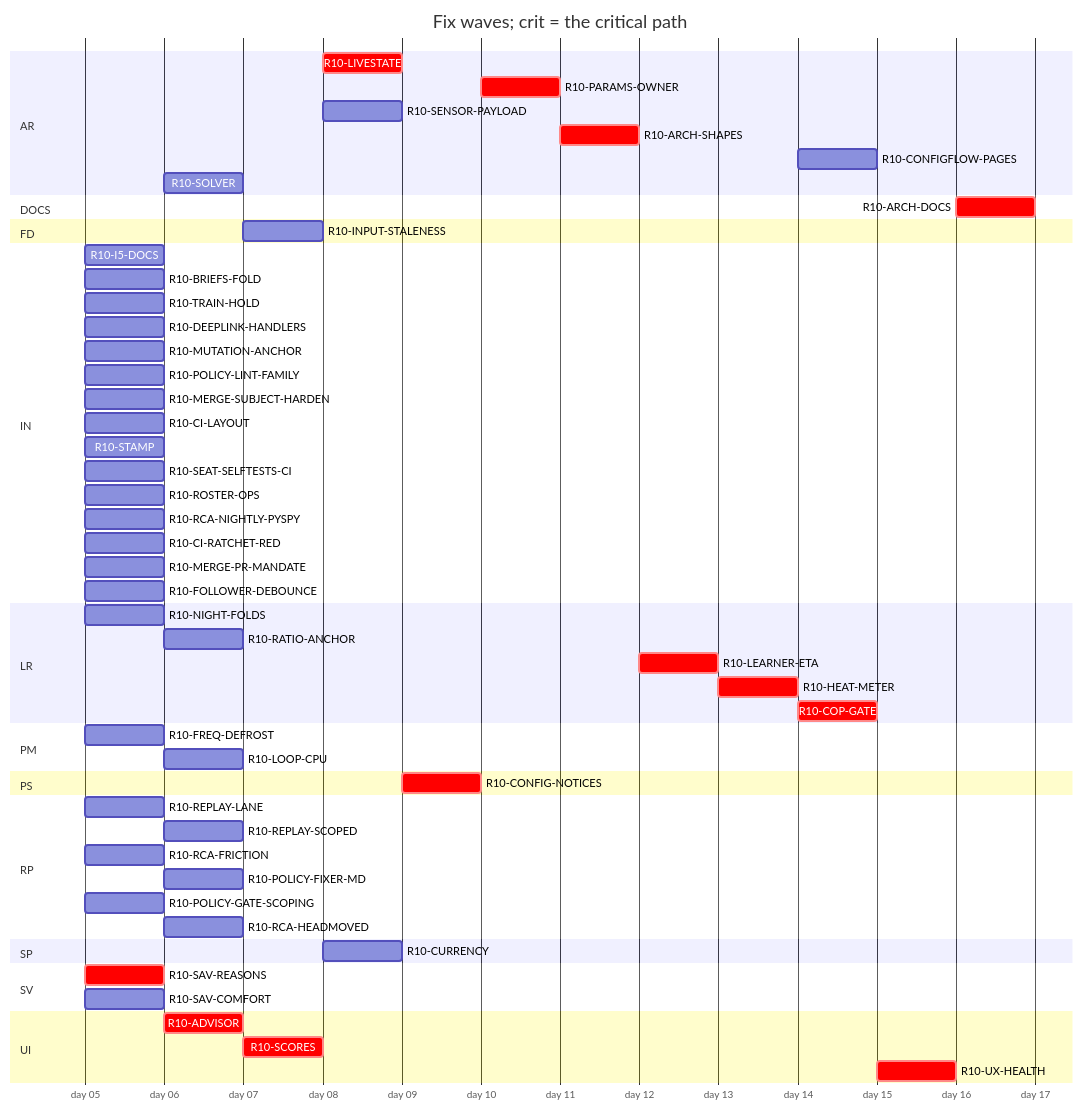
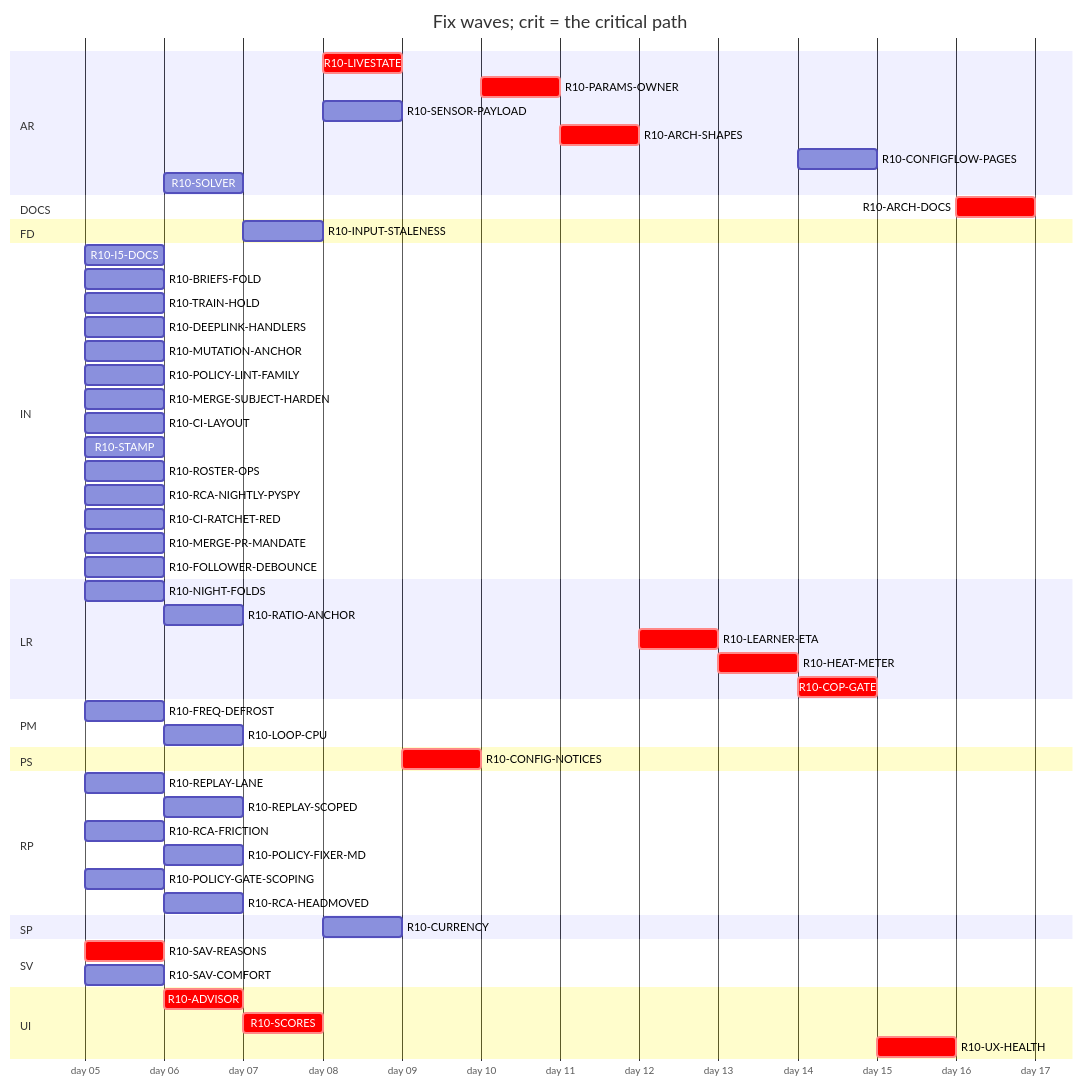
Before and after one commit to tvofi/heatpump_optimizer: the diagram in handoff/round10/state/PLAN-TABLE.md, drawn with Mermaid. The commit also changed other lines of this file and 2 other files, not shown here.

````diff
--- a/handoff/round10/state/PLAN-TABLE.md
+++ b/handoff/round10/state/PLAN-TABLE.md
@@ -24,60 +24,59 @@
 ```mermaid
 gantt
   title Fix waves; crit = the critical path
   dateFormat YYYY-MM-DD
   axisFormat day %d
   section AR
     R10-LIVESTATE :crit, r10LIVESTATE, after r10SCORES, 1d
     R10-PARAMS-OWNER :crit, r10PARAMSOWNER, after r10CONFIGNOTICES, 1d
     R10-SENSOR-PAYLOAD :r10SENSORPAYLOAD, after r10SCORES, 1d
     R10-ARCH-SHAPES :crit, r10ARCHSHAPES, after r10PARAMSOWNER r10SENSORPAYLOAD r10FREQDEFROST, 1d
     R10-CONFIGFLOW-PAGES :r10CONFIGFLOWPAGES, after r10HEATMETER, 1d
     R10-SOLVER :r10SOLVER, after r10SAVREASONS, 1d
   section DOCS
     R10-ARCH-DOCS :crit, r10ARCHDOCS, after r10NIGHTFOLDS r10RATIOANCHOR r10INPUTSTALENESS r10CURRENCY r10FREQDEFROST r10LOOPCPU r10SAVREASONS r10ADVISOR r10SCORES r10LIVESTATE r10CONFIGNOTICES r10PARAMSOWNER r10SENSORPAYLOAD r10ARCHSHAPES r10LEARNERETA r10HEATMETER r10COPGATE r10UXHEALTH r10CONFIGFLOWPAGES r10SOLVER r10I5DOCS r10BRIEFSFOLD r10REPLAYLANE r10REPLAYSCOPED r10TRAINHOLD r10DEEPLINKHANDLERS, 1d
   section FD
     R10-INPUT-STALENESS :r10INPUTSTALENESS, after r10RATIOANCHOR, 1d
   section IN
     R10-I5-DOCS :r10I5DOCS, 2026-01-05, 1d
     R10-BRIEFS-FOLD :r10BRIEFSFOLD, 2026-01-05, 1d
     R10-TRAIN-HOLD :r10TRAINHOLD, 2026-01-05, 1d
     R10-DEEPLINK-HANDLERS :r10DEEPLINKHANDLERS, 2026-01-05, 1d
     R10-MUTATION-ANCHOR :r10MUTATIONANCHOR, 2026-01-05, 1d
     R10-POLICY-LINT-FAMILY :r10POLICYLINTFAMILY, 2026-01-05, 1d
     R10-MERGE-SUBJECT-HARDEN :r10MERGESUBJECTHARDEN, 2026-01-05, 1d
     R10-CI-LAYOUT :r10CILAYOUT, 2026-01-05, 1d
     R10-STAMP :r10STAMP, 2026-01-05, 1d
-    R10-SEAT-SELFTESTS-CI :r10SEATSELFTESTSCI, 2026-01-05, 1d
     R10-ROSTER-OPS :r10ROSTEROPS, 2026-01-05, 1d
     R10-RCA-NIGHTLY-PYSPY :r10RCANIGHTLYPYSPY, 2026-01-05, 1d
     R10-CI-RATCHET-RED :r10CIRATCHETRED, 2026-01-05, 1d
     R10-MERGE-PR-MANDATE :r10MERGEPRMANDATE, 2026-01-05, 1d
     R10-FOLLOWER-DEBOUNCE :r10FOLLOWERDEBOUNCE, 2026-01-05, 1d
   section LR
     R10-NIGHT-FOLDS :r10NIGHTFOLDS, 2026-01-05, 1d
     R10-RATIO-ANCHOR :r10RATIOANCHOR, after r10NIGHTFOLDS, 1d
     R10-LEARNER-ETA :crit, r10LEARNERETA, after r10ARCHSHAPES, 1d
     R10-HEAT-METER :crit, r10HEATMETER, after r10LEARNERETA r10INPUTSTALENESS r10RATIOANCHOR, 1d
     R10-COP-GATE :crit, r10COPGATE, after r10HEATMETER r10SENSORPAYLOAD, 1d
   section PM
     R10-FREQ-DEFROST :r10FREQDEFROST, 2026-01-05, 1d
     R10-LOOP-CPU :r10LOOPCPU, after r10FREQDEFROST, 1d
   section PS
     R10-CONFIG-NOTICES :crit, r10CONFIGNOTICES, after r10LIVESTATE, 1d
   section RP
     R10-REPLAY-LANE :r10REPLAYLANE, 2026-01-05, 1d
     R10-REPLAY-SCOPED :r10REPLAYSCOPED, after r10REPLAYLANE r10TRAINHOLD, 1d
     R10-RCA-FRICTION :r10RCAFRICTION, 2026-01-05, 1d
     R10-POLICY-FIXER-MD :r10POLICYFIXERMD, after r10RCAFRICTION r10BRIEFSFOLD, 1d
     R10-POLICY-GATE-SCOPING :r10POLICYGATESCOPING, 2026-01-05, 1d
     R10-RCA-HEADMOVED :r10RCAHEADMOVED, after r10RCAFRICTION, 1d
   section SP
     R10-CURRENCY :r10CURRENCY, after r10INPUTSTALENESS, 1d
   section SV
     R10-SAV-REASONS :crit, r10SAVREASONS, 2026-01-05, 1d
     R10-SAV-COMFORT :r10SAVCOMFORT, 2026-01-05, 1d
   section UI
     R10-ADVISOR :crit, r10ADVISOR, after r10SAVREASONS, 1d
     R10-SCORES :crit, r10SCORES, after r10ADVISOR, 1d
     R10-UX-HEALTH :crit, r10UXHEALTH, after r10SCORES r10COPGATE r10HEATMETER, 1d
 ```
````
